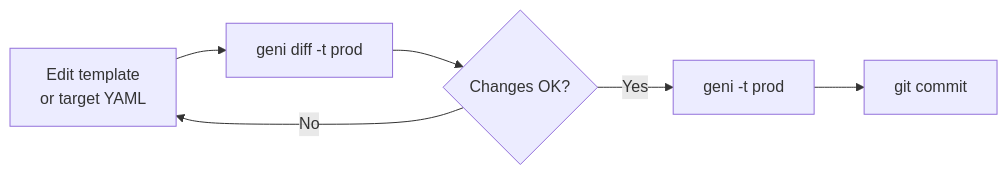
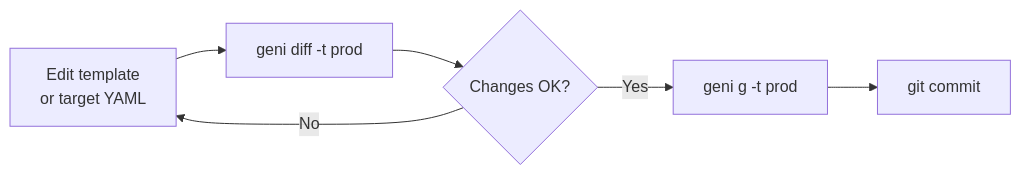
One commit to AgathEmmanuel/geni changed diagram 12 of 16 in ARCHITECTURE.md. Above: the diagram before and after it, drawn with Mermaid. The commit also changed other lines of this file and 46 other files, not shown here.

````diff
--- a/ARCHITECTURE.md
+++ b/ARCHITECTURE.md
@@ -400,8 +442,8 @@
 ```mermaid
 flowchart LR
     Change["Edit template<br/>or target YAML"] --> Diff["geni diff -t prod"]
     Diff --> Review{Changes OK?}
-    Review -->|Yes| Compile["geni -t prod"]
+    Review -->|Yes| Generate["geni g -t prod"]
     Review -->|No| Change
-    Compile --> Commit["git commit"]
+    Generate --> Commit["git commit"]
 ```
````
